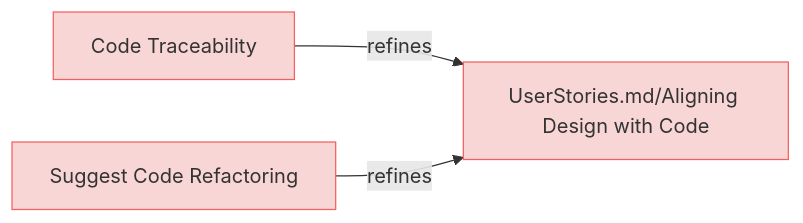
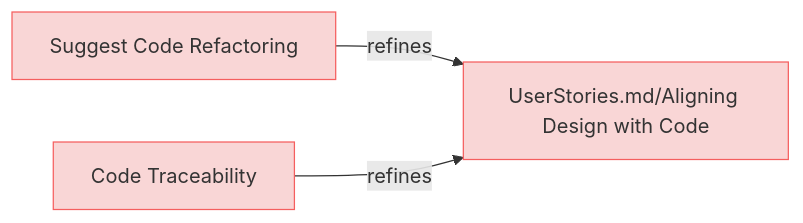
One commit to reqvire-org/reqvire changed the second of 9 diagrams in specifications/UserRequirements.md. Above: the diagram before and after it, drawn with Mermaid. The commit also changed other lines of this file and 14 other files, not shown here.

````diff
--- a/specifications/UserRequirements.md
+++ b/specifications/UserRequirements.md
@@ -47,20 +47,20 @@
 ```mermaid
 graph LR;
   %% Graph styling
   classDef requirement fill:#f9d6d6,stroke:#f55f5f,stroke-width:1px;
   classDef verification fill:#d6f9d6,stroke:#5fd75f,stroke-width:1px;
   classDef externalLink fill:#d0e0ff,stroke:#3080ff,stroke-width:1px;
   classDef default fill:#f5f5f5,stroke:#333333,stroke-width:1px;
 
+  398641ced77f628c["Suggest Code Refactoring"];
+  class 398641ced77f628c requirement;
+  click 398641ced77f628c "UserRequirements.md#suggest-code-refactoring";
+  855a1b3061c7bcdd["UserStories.md/Aligning Design with Code"];
+  class 855a1b3061c7bcdd requirement;
+  click 855a1b3061c7bcdd "UserStories.md#aligning-design-with-code";
+  398641ced77f628c -->|refines| 855a1b3061c7bcdd;
   26ca72b617aff229["Code Traceability"];
   class 26ca72b617aff229 requirement;
   click 26ca72b617aff229 "UserRequirements.md#code-traceability";
-  855a1b3061c7bcdd["UserStories.md/Aligning Design with Code"];
-  class 855a1b3061c7bcdd requirement;
-  click 855a1b3061c7bcdd "UserStories.md#aligning-design-with-code";
   26ca72b617aff229 -->|refines| 855a1b3061c7bcdd;
-  398641ced77f628c["Suggest Code Refactoring"];
-  class 398641ced77f628c requirement;
-  click 398641ced77f628c "UserRequirements.md#suggest-code-refactoring";
-  398641ced77f628c -->|refines| 855a1b3061c7bcdd;
 ```
````
